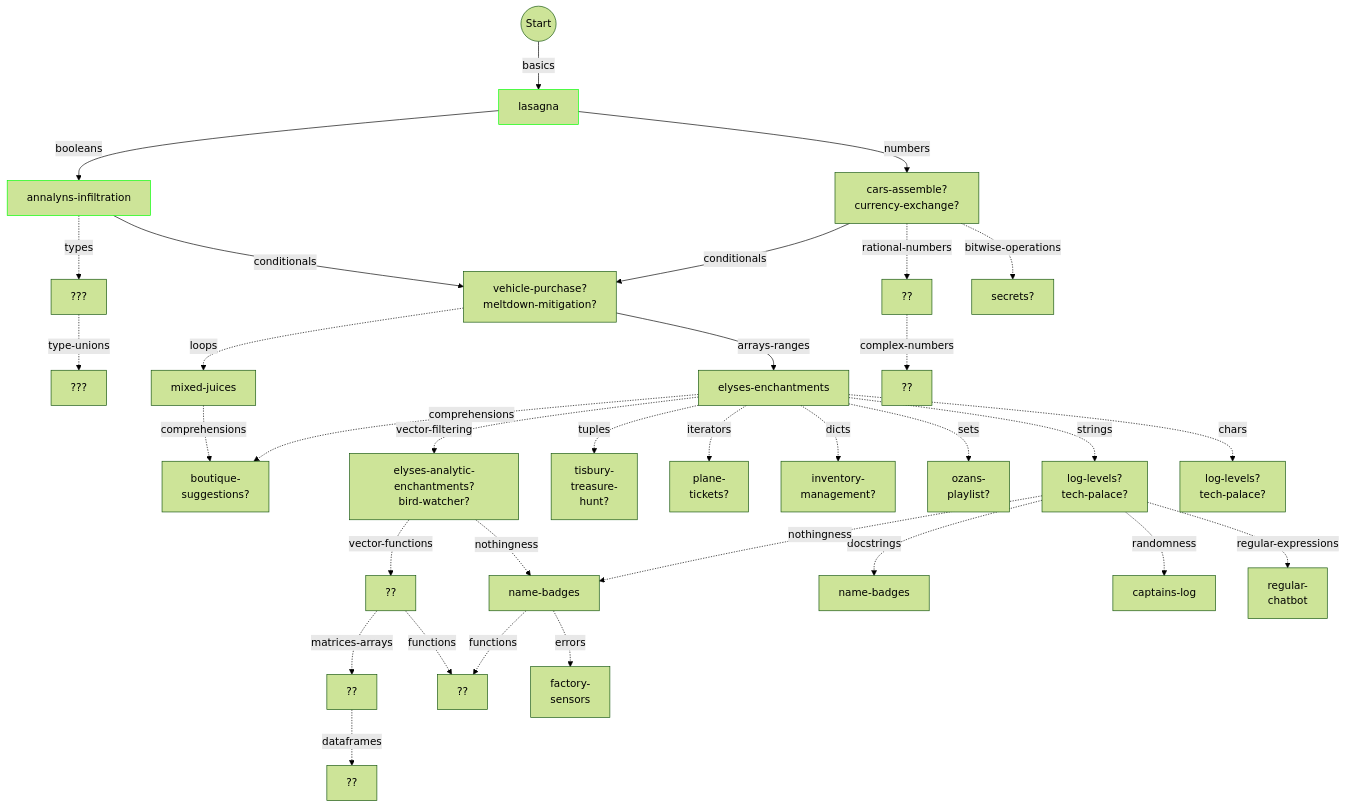
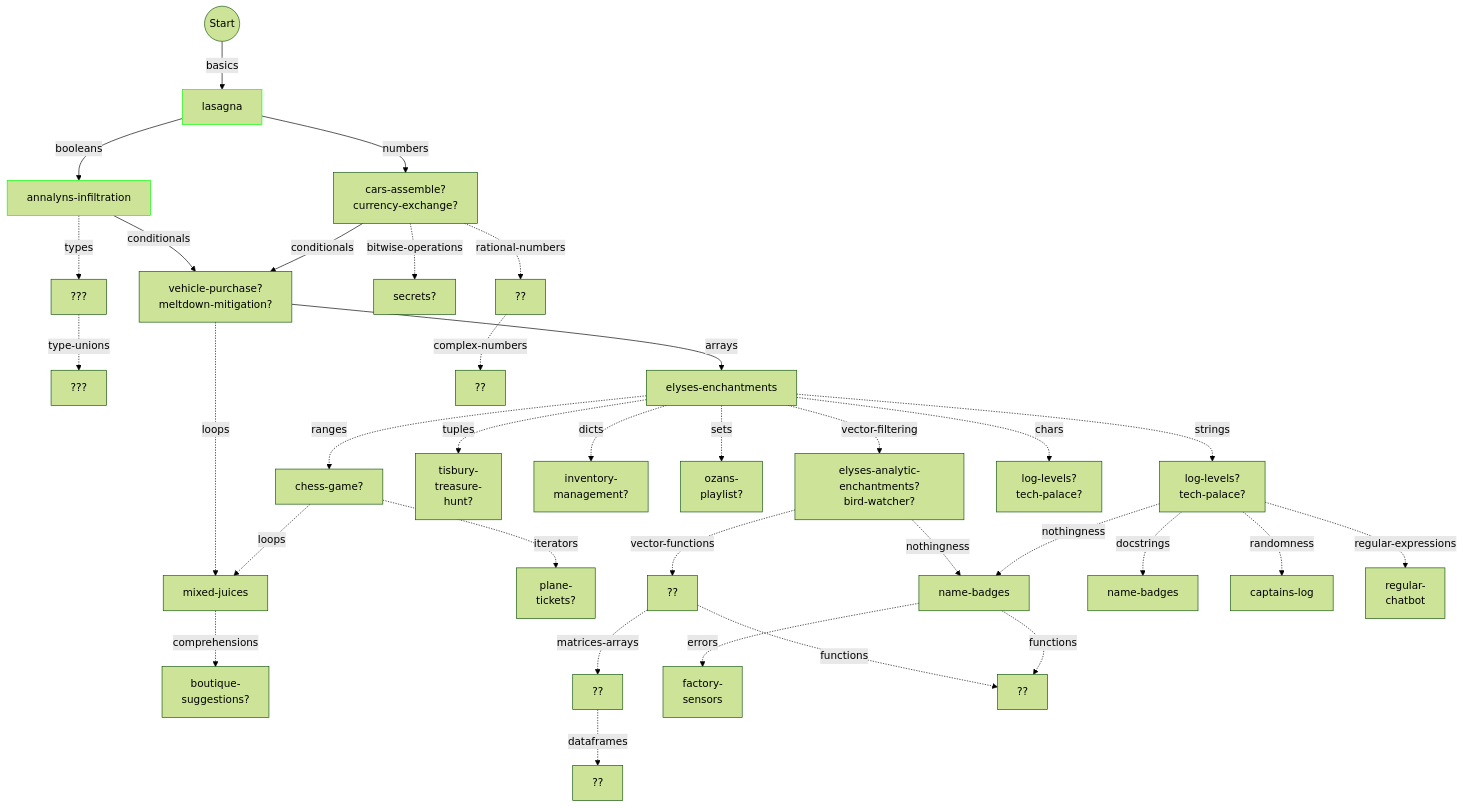
One commit to colinleach/learning-track-doodles changed the diagram in julia/flowchart.md. Above: the diagram before and after it, drawn with Mermaid (forest theme).

Commit message:
split arrays-ranges

````diff
--- a/julia/flowchart.md
+++ b/julia/flowchart.md
@@ -32,31 +32,34 @@
 numbers --conditionals--> conditionals["vehicle-purchase?<br/>meltdown-mitigation?"]
 %% style conditionals fill:#0f0
 
-conditionals --arrays-ranges--> arrays-ranges["elyses-enchantments"]
+conditionals --arrays--> arrays["elyses-enchantments"]
 %% style arrays stroke:#0f0
 
 conditionals -.loops.-> loops["mixed-juices"]
 %% style loops stroke:#0f0
 
+arrays -.ranges.-> ranges["chess-game?"]
+%% style ranges stroke:#0f0
+
+ranges -.loops.-> loops["mixed-juices"]
+%% style loops stroke:#0f0
+
 loops -.comprehensions.-> comprehensions["boutique-<br/>suggestions?"]
 %% style comprehensions stroke:#0f0
 
-arrays-ranges -.comprehensions.-> comprehensions["boutique-<br/>suggestions?"]
-%% style comprehensions stroke:#0f0
-
-arrays-ranges -.vector-filtering.-> vector-filtering["elyses-analytic-enchantments?<br/>bird-watcher?"]
+arrays -.vector-filtering.-> vector-filtering["elyses-analytic-enchantments?<br/>bird-watcher?"]
 %% style vector-filtering stroke:#0f0
 
-arrays-ranges -.tuples.-> tuples["tisbury-<br/>treasure-<br/>hunt?"]
+arrays -.tuples.-> tuples["tisbury-<br/>treasure-<br/>hunt?"]
 %% style tuples stroke:#0f0
 
-arrays-ranges -.iterators.-> iterators["plane-<br/>tickets?"]
+ranges -.iterators.-> iterators["plane-<br/>tickets?"]
 %% style iterators stroke:#0f0
 
-arrays-ranges -.dicts.-> dicts["inventory-<br/>management?"]
+arrays -.dicts.-> dicts["inventory-<br/>management?"]
 %% style dicts stroke:#0f0
 
-arrays-ranges -.sets.-> sets["ozans-<br/>playlist?"]
+arrays -.sets.-> sets["ozans-<br/>playlist?"]
 %% style sets stroke:#0f0
 
 vector-filtering -.vector-functions.-> vector-functions["??"]
@@ -65,10 +68,10 @@
 vector-filtering -.nothingness.-> nothingness["name-badges"]
 %% style vector-filtering stroke:#0f0
 
-arrays-ranges -.strings.-> strings["log-levels?<br/>tech-palace?"]
+arrays -.strings.-> strings["log-levels?<br/>tech-palace?"]
 %% style strings stroke:#0f0
 
-arrays-ranges -.chars.-> chars["log-levels?<br/>tech-palace?"]
+arrays -.chars.-> chars["log-levels?<br/>tech-palace?"]
 %% style chars stroke:#0f0
 
 strings -.docstrings.-> docstrings["name-badges"]
@@ -82,17 +85,13 @@
 
 strings -.regular-expressions.-> regular-expressions["regular-<br/>chatbot"]
 
-numbers -.rational-numbers.-> rational-numbers["??"]
-%% style rational-numbers fill:#0f0
-
 numbers -.bitwise-operations.-> bitwise-operations["secrets?"]
 %% style bitwise-operations fill:#0f0
 
-rational-numbers -.complex-numbers.-> complex-numbers["??"]
-%% style complex-numbers fill:#0f0
-
 vector-functions -.matrices-arrays.-> matrices-arrays["??"]
 %% style matrices-arrays fill:#f00,color:#fff
+
+nothingness -.errors.-> errors["factory-<br/>sensors "]
 
 matrices-arrays -.dataframes.-> dataframes["??"]
 
@@ -100,6 +99,10 @@
 nothingness -.functions.-> functions["??"]
 %% style functions fill:#f00,color:#fff
 
-nothingness -.errors.-> errors["factory-<br/>sensors "]
+numbers -.rational-numbers.-> rational-numbers["??"]
+%% style rational-numbers fill:#0f0
+
+rational-numbers -.complex-numbers.-> complex-numbers["??"]
+%% style complex-numbers fill:#0f0
 
 ```
````
